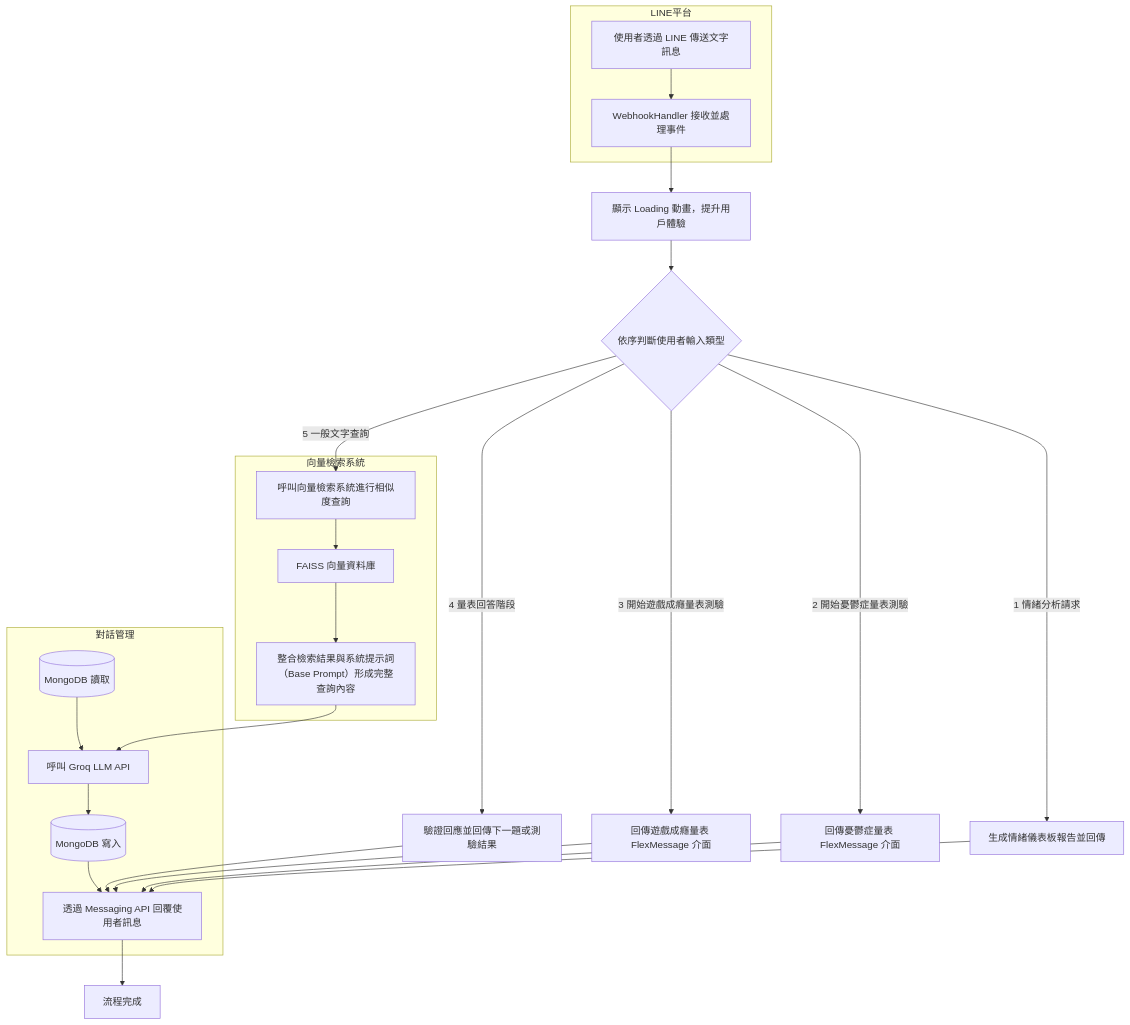
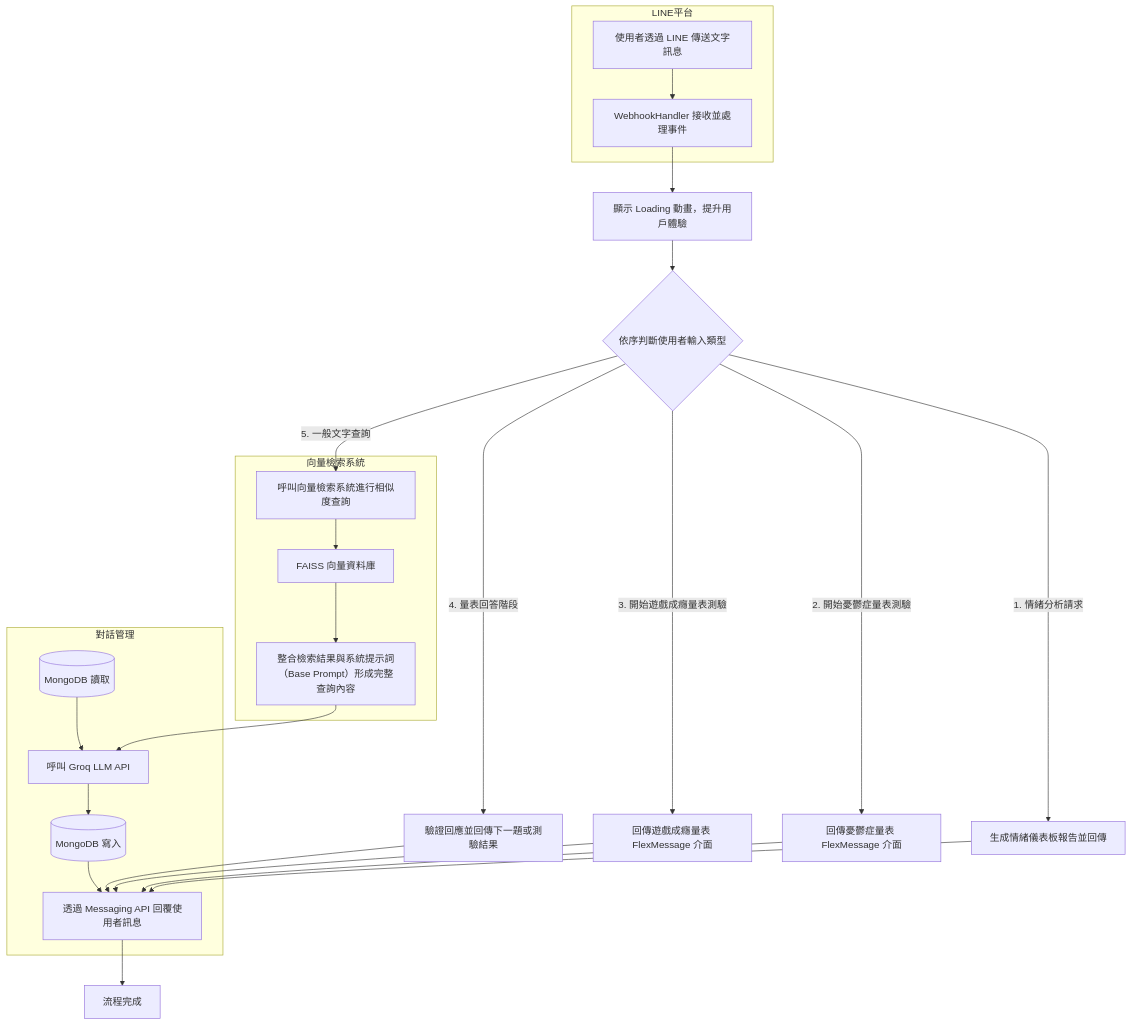
Before and after one commit to aurorajojo/line_app: the diagram in README.md, drawn with Mermaid.

````diff
--- a/README.md
+++ b/README.md
@@ -3,42 +3,42 @@
 ```mermaid
 flowchart TD
     subgraph LINE平台
         A[使用者透過 LINE 傳送文字訊息] --> B[WebhookHandler 接收並處理事件]
     end
 
     B --> C[顯示 Loading 動畫，提升用戶體驗]
 
     C --> D{依序判斷使用者輸入類型}
 
-    D -->|1 情緒分析請求| E[生成情緒儀表板報告並回傳]
-    E --> O1[透過 Messaging API 回覆使用者訊息]
+    D -->|1. 情緒分析請求| E[生成情緒儀表板報告並回傳]
+    E --> O1
 
-    D -->|2 開始憂鬱症量表測驗| F[回傳憂鬱症量表 FlexMessage 介面]
+    D -->|2. 開始憂鬱症量表測驗| F[回傳憂鬱症量表 FlexMessage 介面]
     F --> O1
 
-    D -->|3 開始遊戲成癮量表測驗| G[回傳遊戲成癮量表 FlexMessage 介面]
+    D -->|3. 開始遊戲成癮量表測驗| G[回傳遊戲成癮量表 FlexMessage 介面]
     G --> O1
 
-    D -->|4 量表回答階段| H[驗證回應並回傳下一題或測驗結果]
+    D -->|4. 量表回答階段| H[驗證回應並回傳下一題或測驗結果]
     H --> O1
 
-    D -->|5 一般文字查詢| I[呼叫向量檢索系統進行相似度查詢]
+    D -->|5. 一般文字查詢| I[呼叫向量檢索系統進行相似度查詢]
 
     subgraph 向量檢索系統
         I --> V1[FAISS 向量資料庫]
         V1 --> J[整合檢索結果與系統提示詞（Base Prompt）形成完整查詢內容]
     end
 
     subgraph 對話管理
         MDB_Read[(MongoDB 讀取)]
         MDB_Write[(MongoDB 寫入)]
 
         J --> L[呼叫 Groq LLM API]
         MDB_Read --> L
         L --> MDB_Write
         MDB_Write --> O1
     end
 
-    O1 --> Z[流程完成]
+    O1[透過 Messaging API 回覆使用者訊息] --> Z[流程完成]
 
 ```
````
